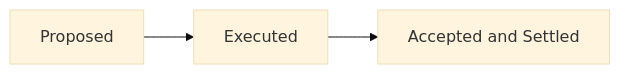
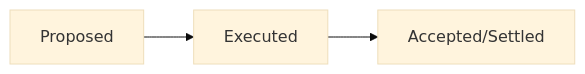
Before and after one commit to StephenButtolph/ACPs: the first of 6 diagrams in ACPs/194-streaming-asynchronous-execution/README.md, drawn with Mermaid (base theme).

````diff
--- a/ACPs/194-streaming-asynchronous-execution/README.md
+++ b/ACPs/194-streaming-asynchronous-execution/README.md
@@ -47,5 +47,5 @@
 ```mermaid
 flowchart LR
     I[Proposed] --> E[Executed]
-    E --> A[Accepted and Settled]
+    E --> A[Accepted/Settled]
 ```
````
